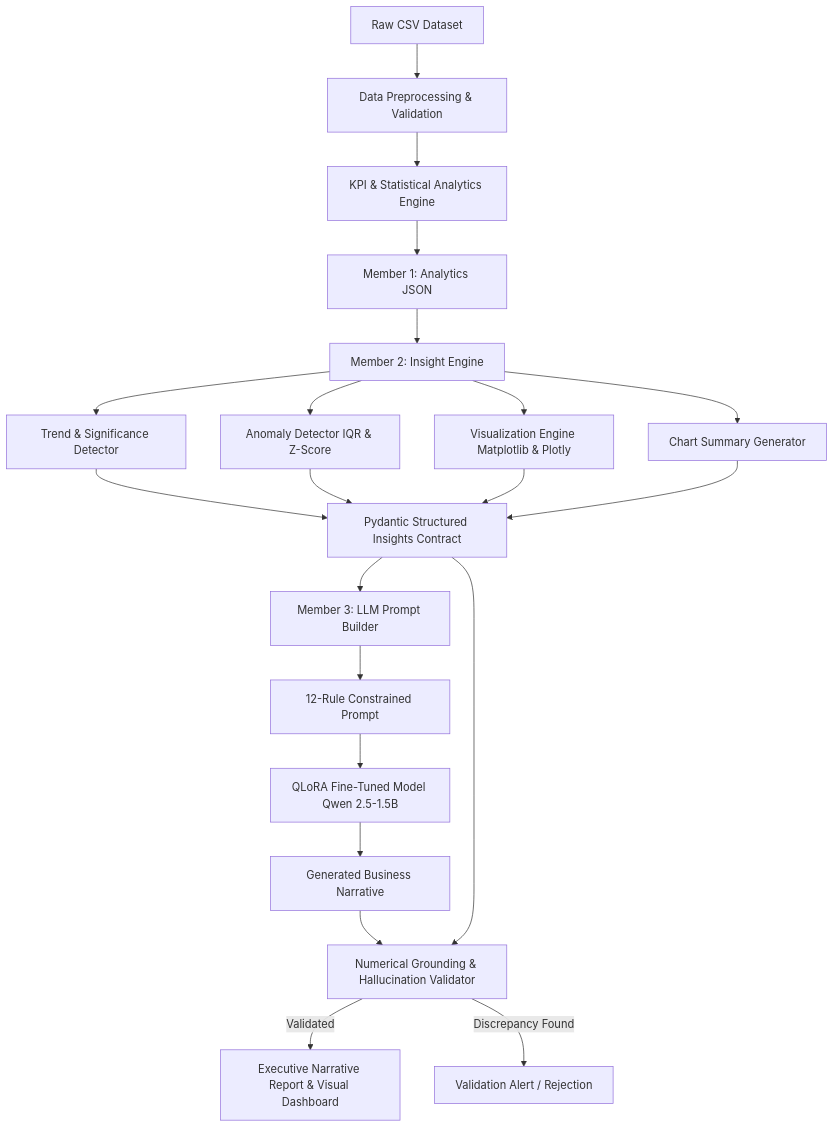
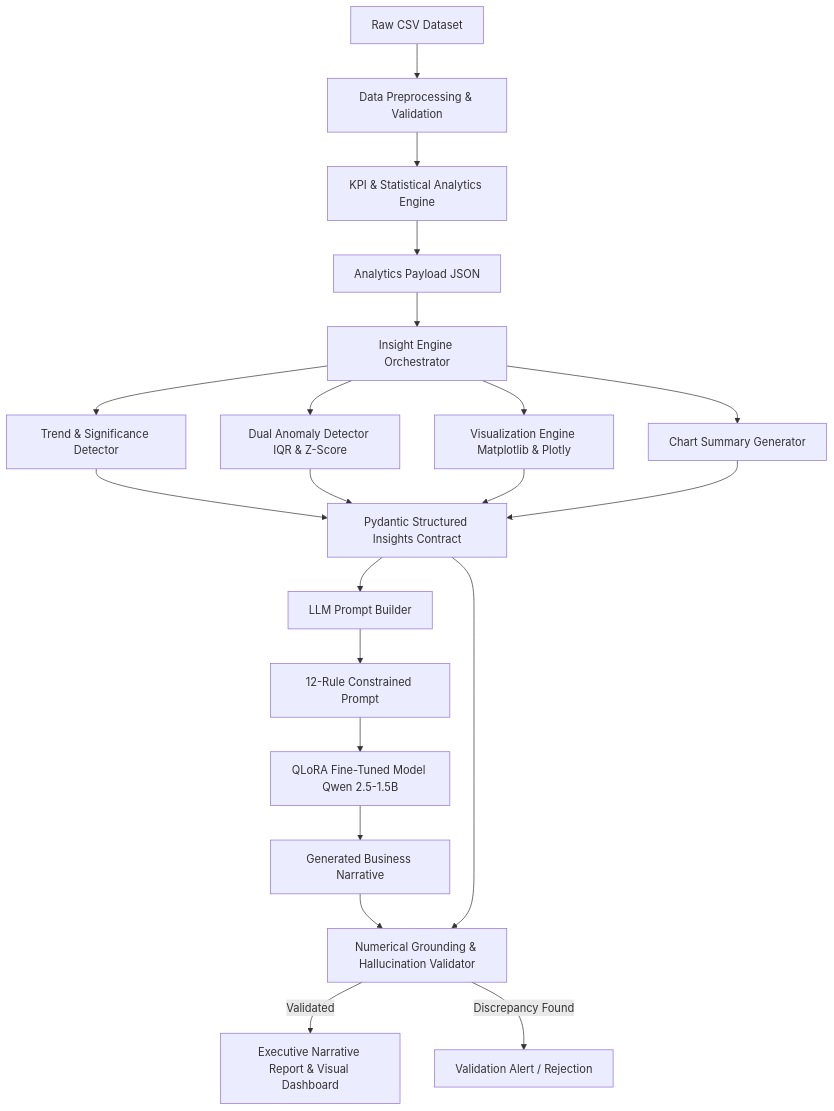
One commit to DevikaUk/GenAI-Based-Data-Visualization-Narrative-Generator changed the diagram in README.md. Above: the diagram before and after it, drawn with Mermaid. The commit also changed other lines of this file and 13 other files, not shown here.

Commit message:
refactor: restructure architecture into unified modular layers and clean documentation

````diff
--- a/README.md
+++ b/README.md
@@ -51,27 +52,27 @@
 ```mermaid
 flowchart TD
     A[Raw CSV Dataset] --> B[Data Preprocessing & Validation]
     B --> C[KPI & Statistical Analytics Engine]
-    C --> D[Member 1: Analytics JSON]
+    C --> D[Analytics Payload JSON]
     
-    D --> E[Member 2: Insight Engine]
+    D --> E[Insight Engine Orchestrator]
     E --> F[Trend & Significance Detector]
-    E --> G[Anomaly Detector IQR & Z-Score]
+    E --> G[Dual Anomaly Detector IQR & Z-Score]
     E --> H[Visualization Engine Matplotlib & Plotly]
     E --> I[Chart Summary Generator]
     
     F --> J[Pydantic Structured Insights Contract]
     G --> J
     H --> J
     I --> J
     
-    J --> K[Member 3: LLM Prompt Builder]
+    J --> K[LLM Prompt Builder]
     K --> L[12-Rule Constrained Prompt]
     L --> M[QLoRA Fine-Tuned Model Qwen 2.5-1.5B]
     M --> N[Generated Business Narrative]
     
     N --> O[Numerical Grounding & Hallucination Validator]
     J --> O
     O -->|Validated| P[Executive Narrative Report & Visual Dashboard]
     O -->|Discrepancy Found| Q[Validation Alert / Rejection]
 ```
````
